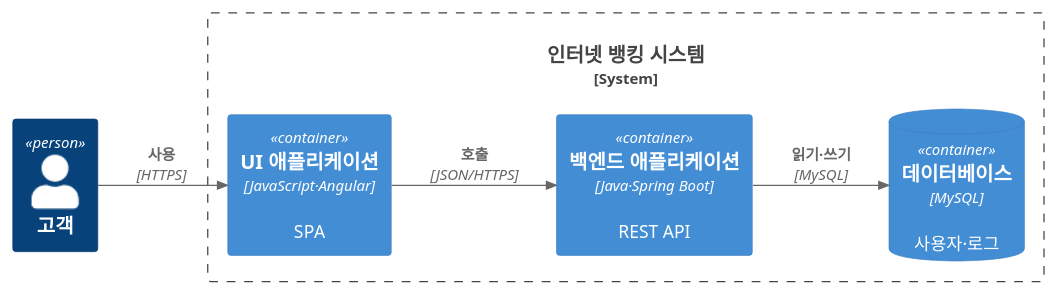
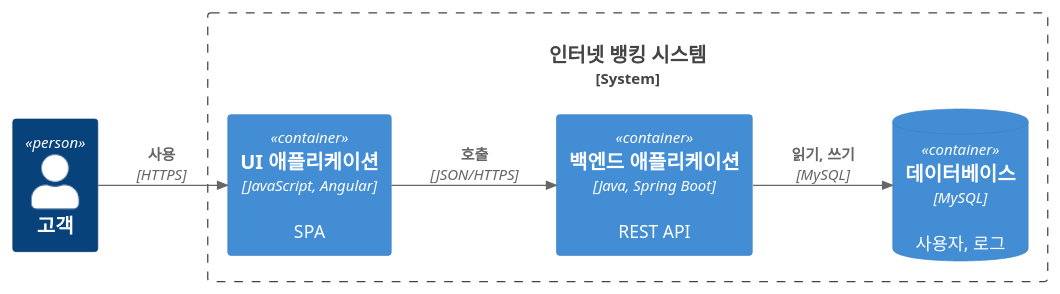
One commit to johnycho/johny-dev changed the third of 5 diagrams in blog/2026-09-06-c4-model-architecture-diagram.mdx. Above: the diagram before and after it, drawn with PlantUML. The commit also changed other lines of this file and 188 other files, not shown here.

````diff
--- a/blog/2026-09-06-c4-model-architecture-diagram.mdx
+++ b/blog/2026-09-06-c4-model-architecture-diagram.mdx
@@ -92,16 +92,16 @@
 ```plantuml
 @startuml
 !include https://raw.githubusercontent.com/plantuml-stdlib/C4-PlantUML/master/C4_Container.puml
 LAYOUT_LEFT_RIGHT()
 
 Person(customer, "고객")
 System_Boundary(ib, "인터넷 뱅킹 시스템") {
-  Container(spa, "UI 애플리케이션", "JavaScript·Angular", "SPA")
-  Container(api, "백엔드 애플리케이션", "Java·Spring Boot", "REST API")
-  ContainerDb(db, "데이터베이스", "MySQL", "사용자·로그")
+  Container(spa, "UI 애플리케이션", "JavaScript, Angular", "SPA")
+  Container(api, "백엔드 애플리케이션", "Java, Spring Boot", "REST API")
+  ContainerDb(db, "데이터베이스", "MySQL", "사용자, 로그")
 }
 Rel(customer, spa, "사용", "HTTPS")
 Rel(spa, api, "호출", "JSON/HTTPS")
-Rel(api, db, "읽기·쓰기", "MySQL")
+Rel(api, db, "읽기, 쓰기", "MySQL")
 @enduml
 ```
````
